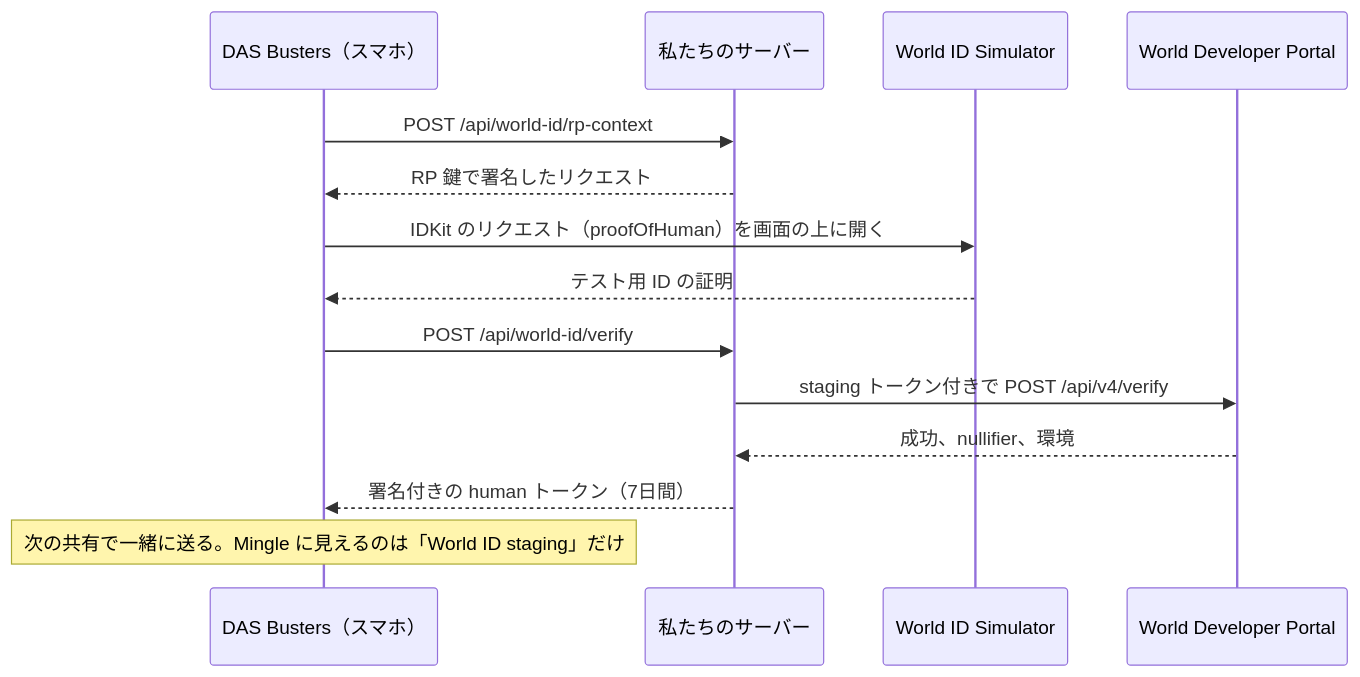
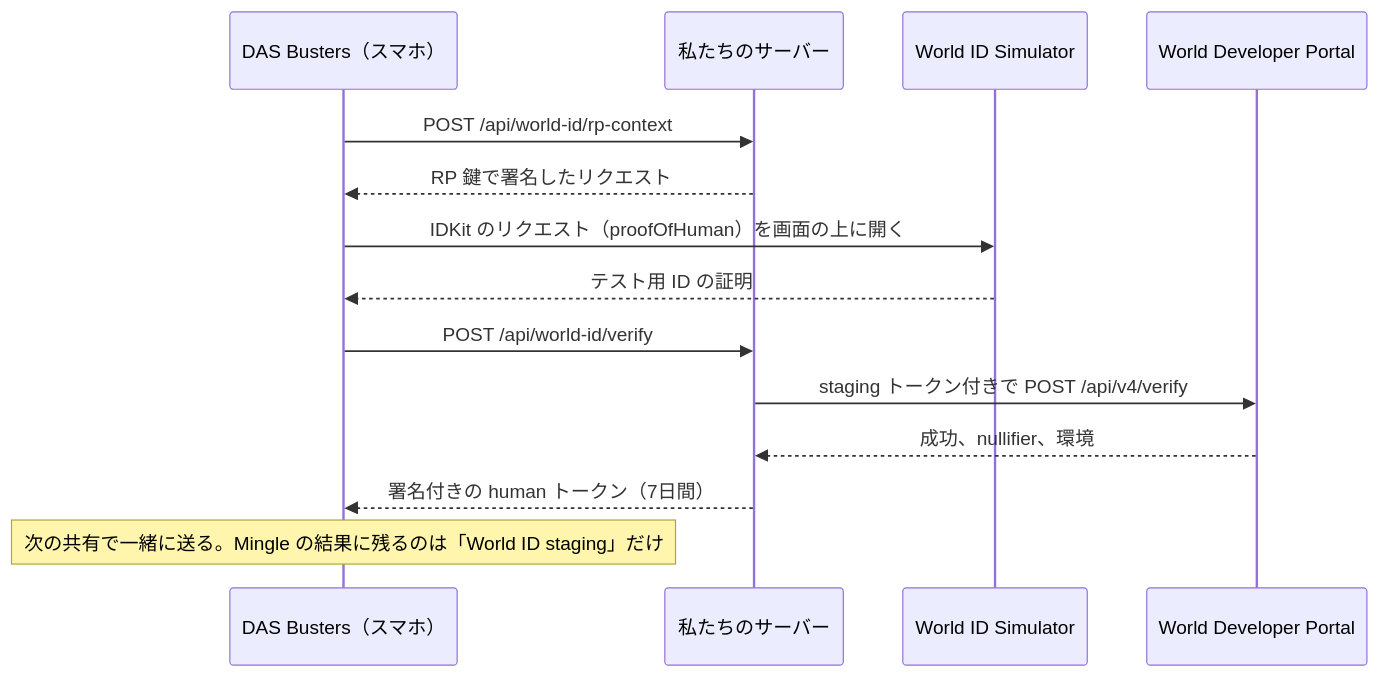
Before and after one commit to CobaltSato/das-busters: the first of 5 diagrams in README.ja.md, drawn with Mermaid. The commit also changed other lines of this file and 1 other file, not shown here.

First line of the commit message:
docs(readme): match what Mingle receives to its own screen

````diff
--- a/README.ja.md
+++ b/README.ja.md
@@ -103,16 +103,16 @@
 ```mermaid
 sequenceDiagram
   participant W as DAS Busters（スマホ）
   participant S as 私たちのサーバー
   participant Sim as World ID Simulator
   participant P as World Developer Portal
   W->>S: POST /api/world-id/rp-context
   S-->>W: RP 鍵で署名したリクエスト
   W->>Sim: IDKit のリクエスト（proofOfHuman）を画面の上に開く
   Sim-->>W: テスト用 ID の証明
   W->>S: POST /api/world-id/verify
   S->>P: staging トークン付きで POST /api/v4/verify
   P-->>S: 成功、nullifier、環境
   S-->>W: 署名付きの human トークン（7日間）
-  Note over W: 次の共有で一緒に送る。Mingle に見えるのは「World ID staging」だけ
+  Note over W: 次の共有で一緒に送る。Mingle の結果に残るのは「World ID staging」だけ
 ```
````
